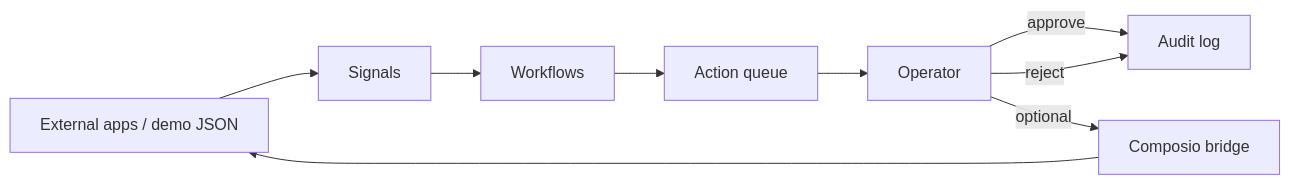
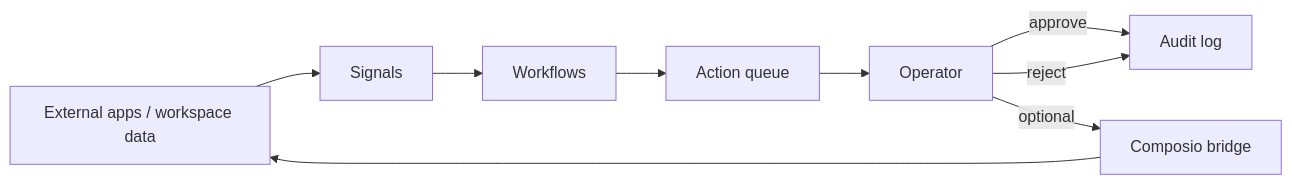
One commit to nicoware-dev/hbo-plugin changed the diagram in apps/docs/docs/how-it-works.md. Above: the diagram before and after it, drawn with Mermaid. The commit also changed other lines of this file and 31 other files, not shown here.

First line of the commit message:
docs(site): polish public docs and remove demo-data references

````diff
--- a/apps/docs/docs/how-it-works.md
+++ b/apps/docs/docs/how-it-works.md
@@ -12,19 +12,19 @@
 ```mermaid
 flowchart LR
-  EXT[External apps / demo JSON]
+  EXT[External apps / workspace data]
   SIG[Signals]
   WF[Workflows]
   ACT[Action queue]
   OP[Operator]
   AUD[Audit log]
   BR[Composio bridge]
 
   EXT --> SIG
   SIG --> WF
   WF --> ACT
   ACT --> OP
   OP -->|approve| AUD
   OP -->|reject| AUD
   OP -->|optional| BR
   BR --> EXT
 ```
````
